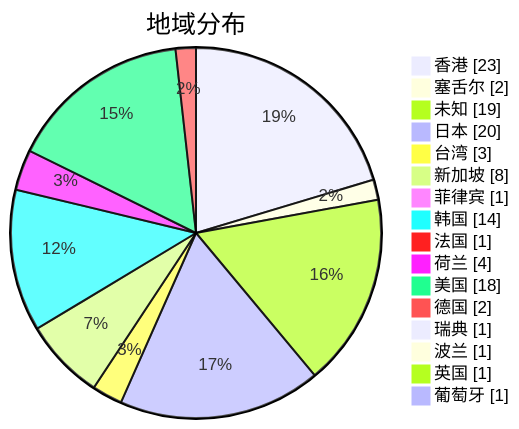
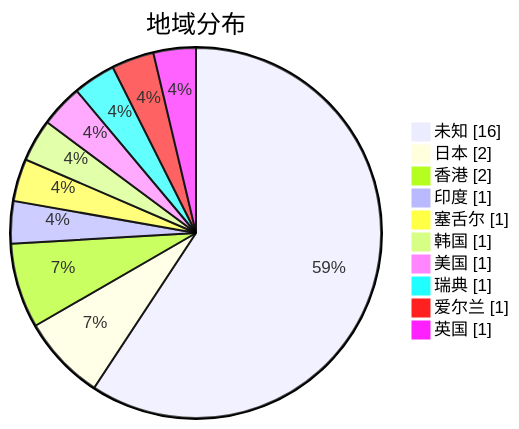
One commit to qjlxg/airport changed the second of 3 diagrams in subs/statistics/tested_within.md. Above: the diagram before and after it, drawn with Mermaid. The commit also changed other lines of this file and 2 other files, not shown here.

Commit message:
Tested by metaST

````diff
--- a/subs/statistics/tested_within.md
+++ b/subs/statistics/tested_within.md
@@ -10,20 +9,14 @@
 ```mermaid
 pie showData
 title 地域分布
-"香港" : 23
-"塞舌尔" : 2
-"未知" : 19
-"日本" : 20
-"台湾" : 3
-"新加坡" : 8
-"菲律宾" : 1
-"韩国" : 14
-"法国" : 1
-"荷兰" : 4
-"美国" : 18
-"德国" : 2
+"未知" : 16
+"日本" : 2
+"香港" : 2
+"印度" : 1
+"塞舌尔" : 1
+"韩国" : 1
+"美国" : 1
 "瑞典" : 1
-"波兰" : 1
+"爱尔兰" : 1
 "英国" : 1
-"葡萄牙" : 1
 ```
````
